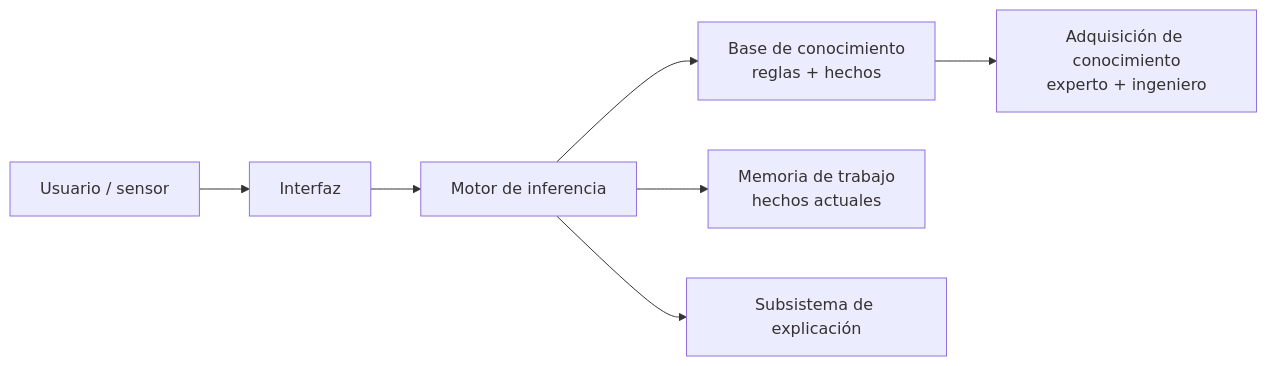
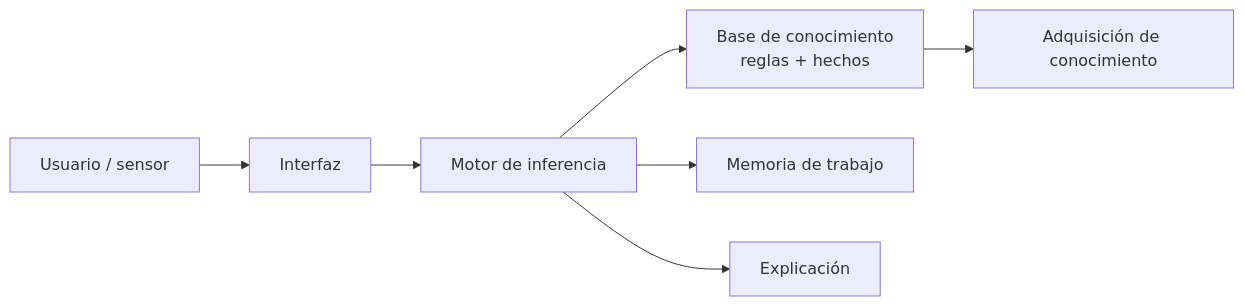
One commit to jmperez-profesor/mia changed the diagram in docs/bloques/B05_RA5/apuntes.md. Above: the diagram before and after it, drawn with Mermaid. The commit also changed other lines of this file and 14 other files, not shown here.

````diff
--- a/docs/bloques/B05_RA5/apuntes.md
+++ b/docs/bloques/B05_RA5/apuntes.md
@@ -56,9 +53,9 @@
 ```mermaid
 flowchart LR
     U[Usuario / sensor] --> I[Interfaz]
     I --> M[Motor de inferencia]
     M --> KB[Base de conocimiento<br/>reglas + hechos]
-    M --> WM[Memoria de trabajo<br/>hechos actuales]
-    M --> EX[Subsistema de explicación]
-    KB --> AQ[Adquisición de conocimiento<br/>experto + ingeniero]
+    M --> WM[Memoria de trabajo]
+    M --> EX[Explicación]
+    KB --> AQ[Adquisición de conocimiento]
 ```
````
